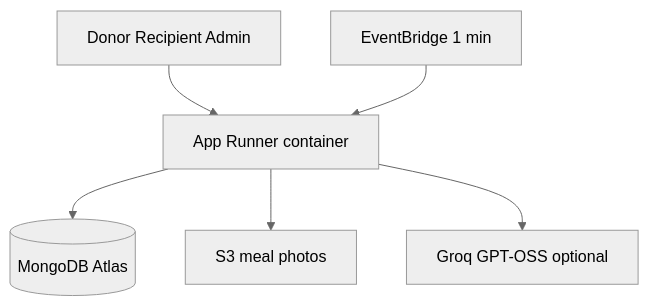
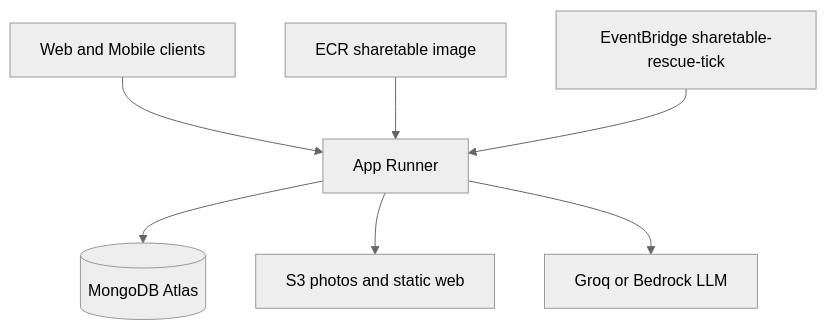
One commit to guptapratykshh/ShareTable changed the second of 2 diagrams in README.md. Above: the diagram before and after it, drawn with Mermaid (neutral theme). The commit also changed other lines of this file, not shown here.

````diff
--- a/README.md
+++ b/README.md
@@ -143,8 +147,9 @@
 ```mermaid
 flowchart TD
-    Users[Donor Recipient Admin] --> AppRunner[App Runner container]
+    Users[Web and Mobile clients] --> AppRunner[App Runner]
+    ECR[ECR sharetable image] --> AppRunner
     AppRunner --> Atlas[(MongoDB Atlas)]
-    AppRunner --> S3[S3 meal photos]
-    EventBridge[EventBridge 1 min] --> AppRunner
-    AppRunner --> Groq[Groq GPT-OSS optional]
+    AppRunner --> S3[S3 photos and static web]
+    EventBridge[EventBridge sharetable-rescue-tick] --> AppRunner
+    AppRunner --> Groq[Groq or Bedrock LLM]
 ```
````
